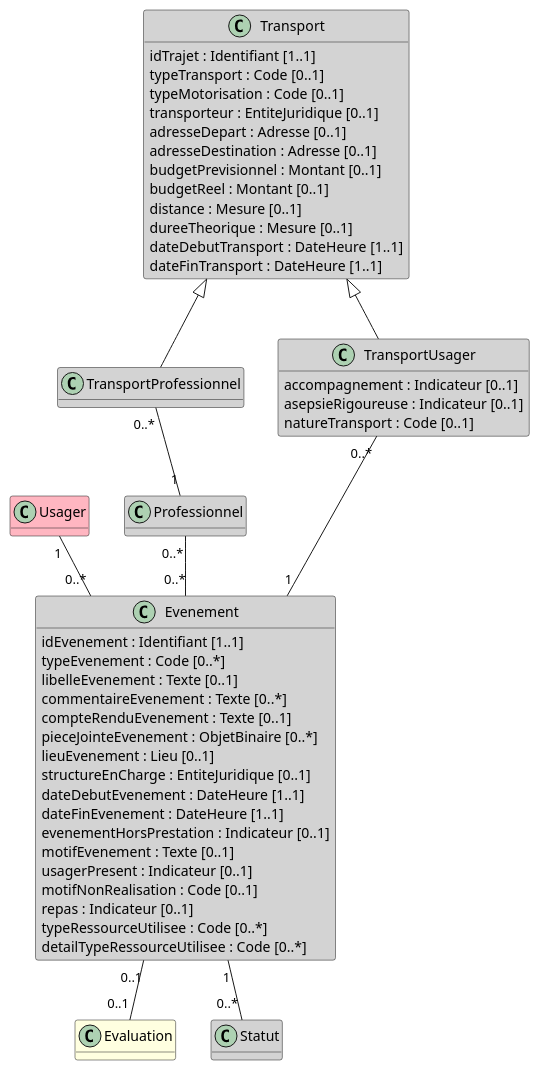
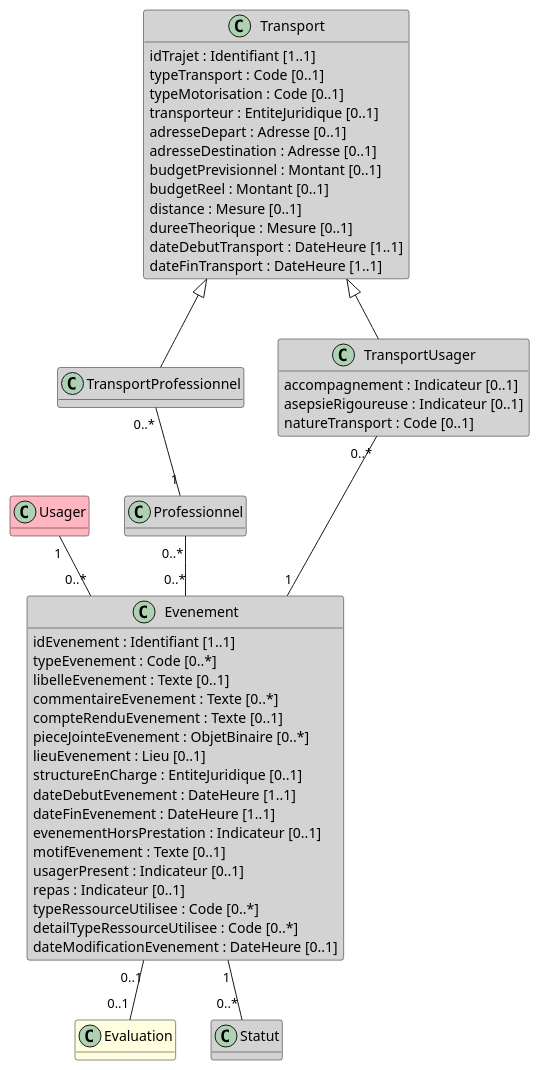
Before and after one commit to ansforge/IG-fhir-transfert-donnees-dui-esms: the diagram in input/images-source/bloc_evenement.plantuml, drawn with PlantUML. The commit also changed 4 other files, not shown here.

```diff
--- a/input/images-source/bloc_evenement.plantuml
+++ b/input/images-source/bloc_evenement.plantuml
@@ -1,66 +1,66 @@
 @startuml
 
 hide empty methods
 
 class Usager #LightPink
 
 class TransportProfessionnel #LightGray
 
 class Evaluation #LightYellow
 
 class Professionnel #LightGray 
 
 class Statut #LightGray 
 
 class Transport #LightGray {
     idTrajet : Identifiant [1..1]
     typeTransport : Code [0..1]
     typeMotorisation : Code [0..1]
     transporteur : EntiteJuridique [0..1]
     adresseDepart : Adresse [0..1]
     adresseDestination : Adresse [0..1]
     budgetPrevisionnel : Montant [0..1]
     budgetReel : Montant [0..1]
     distance : Mesure [0..1]
     dureeTheorique : Mesure [0..1]
     dateDebutTransport : DateHeure [1..1]
     dateFinTransport : DateHeure [1..1]
 }
 
 class TransportUsager #LightGray {
     accompagnement : Indicateur [0..1]
     asepsieRigoureuse : Indicateur [0..1]
     natureTransport : Code [0..1]
 }
 
 class Evenement #LightGray {
     idEvenement : Identifiant [1..1]
     typeEvenement : Code [0..*]
     libelleEvenement : Texte [0..1]
     commentaireEvenement : Texte [0..*]
     compteRenduEvenement : Texte [0..1]
     pieceJointeEvenement : ObjetBinaire [0..*]
     lieuEvenement : Lieu [0..1]
     structureEnCharge : EntiteJuridique [0..1]
     dateDebutEvenement : DateHeure [1..1]
     dateFinEvenement : DateHeure [1..1]
     evenementHorsPrestation : Indicateur [0..1]
     motifEvenement : Texte [0..1]
     usagerPresent : Indicateur [0..1]
-    motifNonRealisation : Code [0..1]
     repas : Indicateur [0..1]
     typeRessourceUtilisee : Code [0..*]
     detailTypeRessourceUtilisee : Code [0..*]
+    dateModificationEvenement : DateHeure [0..1]
 }
 
 Usager "1" -- "0..*" Evenement
 Professionnel "0..*" -- "0..*" Evenement
 Transport <|-- TransportProfessionnel
 Transport <|-- TransportUsager
 TransportUsager "0..*" -- "1" Evenement
 TransportProfessionnel "0..*" -- "1" Professionnel
 Evenement "0..1" -- "0..1" Evaluation
 Evenement "1" -- "0..*" Statut
 
 
 @enduml
```
